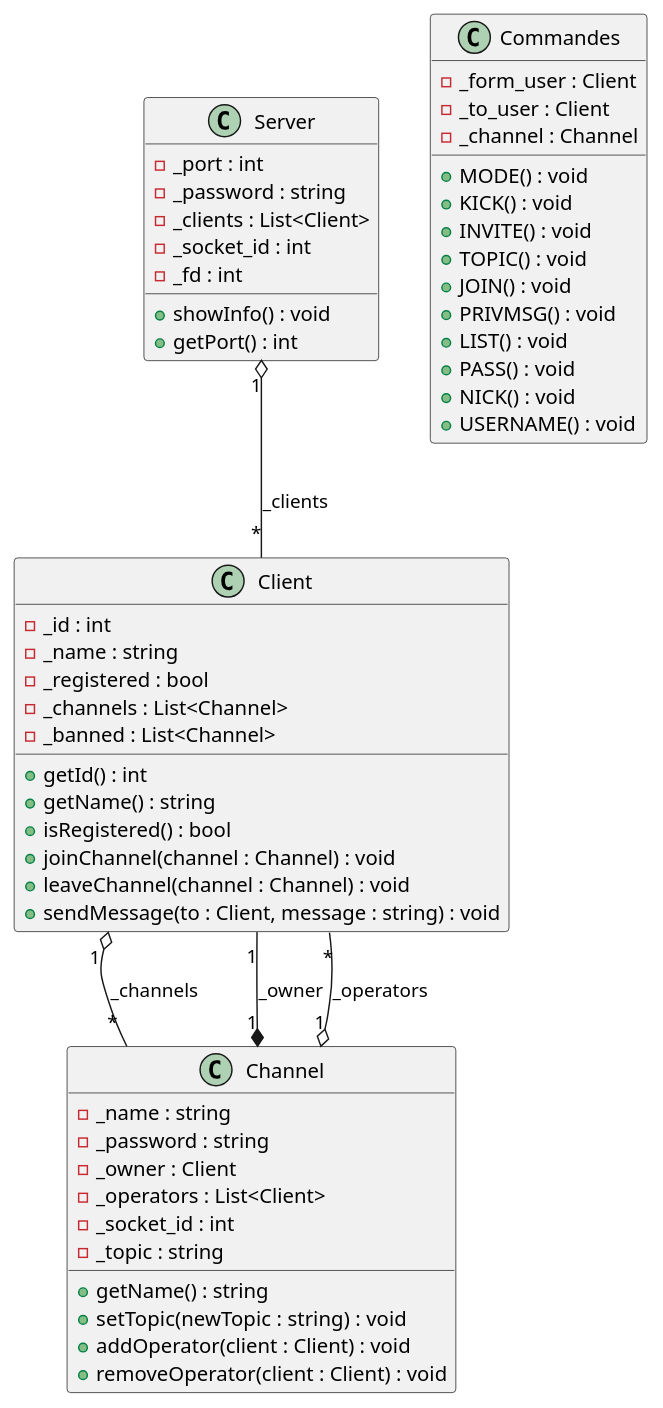
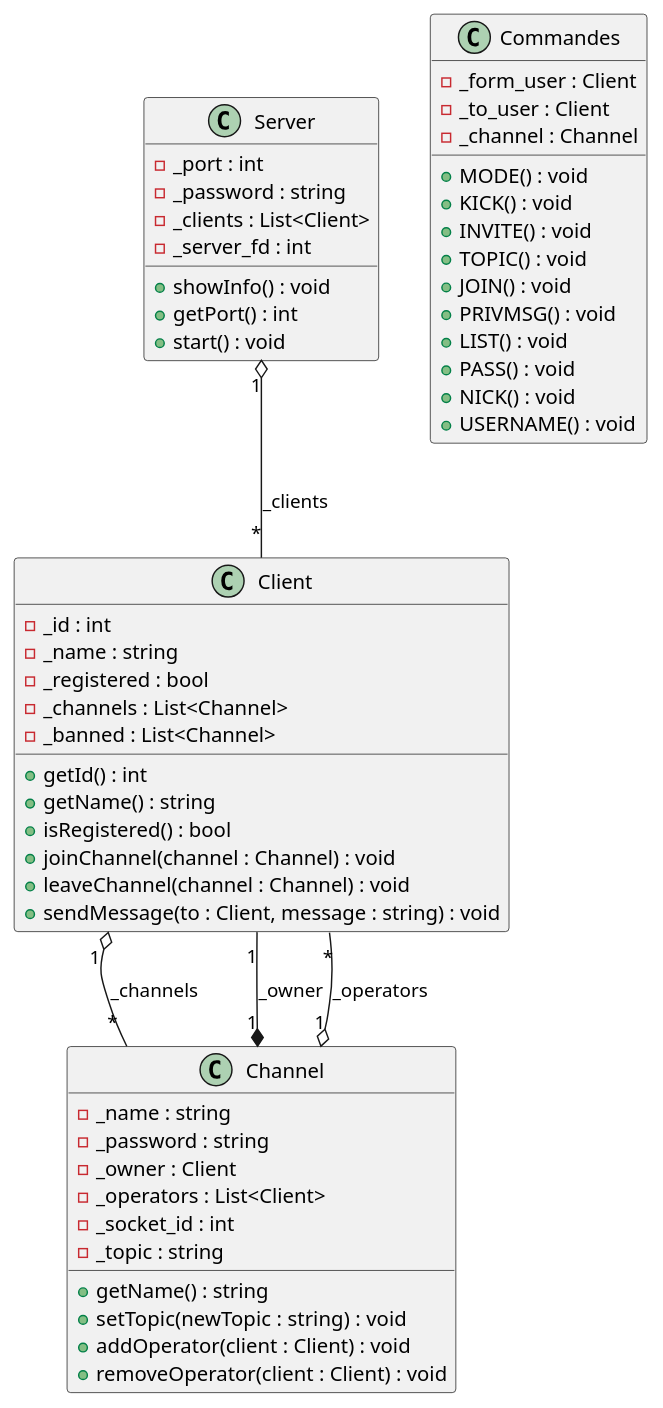
Before and after one commit to EniumRaphael/ft_irc: the diagram in diagram.puml, drawn with PlantUML. The commit also changed 5 other files, not shown here.

Commit message:
1- basic IRC functional server; 2- uml diagram updated; 3- added subject

```diff
--- a/diagram.puml
+++ b/diagram.puml
@@ -1,81 +1,81 @@
 @startuml
 
 ' ========================
 '        CLASS: Server
 ' ========================
 class Server {
     - _port : int
     - _password : string
     - _clients : List<Client>
-    - _socket_id : int
-    - _fd : int
+    - _server_fd : int
 
     + showInfo() : void
     + getPort() : int
+    + start() : void
 }
 
 ' ========================
 '        CLASS: Client
 ' ========================
 class Client {
     - _id : int
     - _name : string
     - _registered : bool
     - _channels : List<Channel>
     - _banned : List<Channel>
 
     + getId() : int
     + getName() : string
     + isRegistered() : bool
     + joinChannel(channel : Channel) : void
     + leaveChannel(channel : Channel) : void
     + sendMessage(to : Client, message : string) : void
 }
 
 ' ========================
 '        CLASS: Channel
 ' ========================
 class Channel {
     - _name : string
     - _password : string
     - _owner : Client
     - _operators : List<Client>
     - _socket_id : int
     - _topic : string
 
     + getName() : string
     + setTopic(newTopic : string) : void
     + addOperator(client : Client) : void
     + removeOperator(client : Client) : void
 }
 
 ' ========================
 '        CLASS: Commandes
 ' ========================
 class Commandes {
     - _form_user : Client
     - _to_user : Client
     - _channel : Channel
 
     + MODE() : void
     + KICK() : void
     + INVITE() : void
     + TOPIC() : void
     + JOIN() : void
     + PRIVMSG() : void
     + LIST() : void
     + PASS() : void
     + NICK() : void
     + USERNAME() : void
 }
 
 ' ========================
 '         RELATIONS
 ' ========================
 
 Server "1" o-- "*" Client : _clients
 Client "1" o-- "*" Channel : _channels
 Channel "1" *-- "1" Client : _owner
 Channel "1" o-- "*" Client : _operators
 
 @enduml
```
